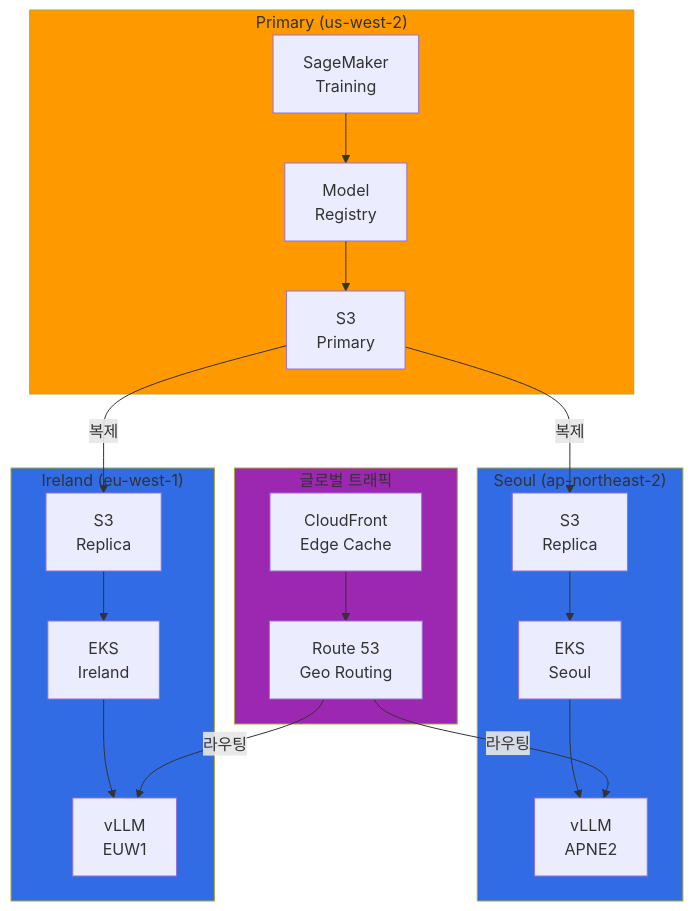
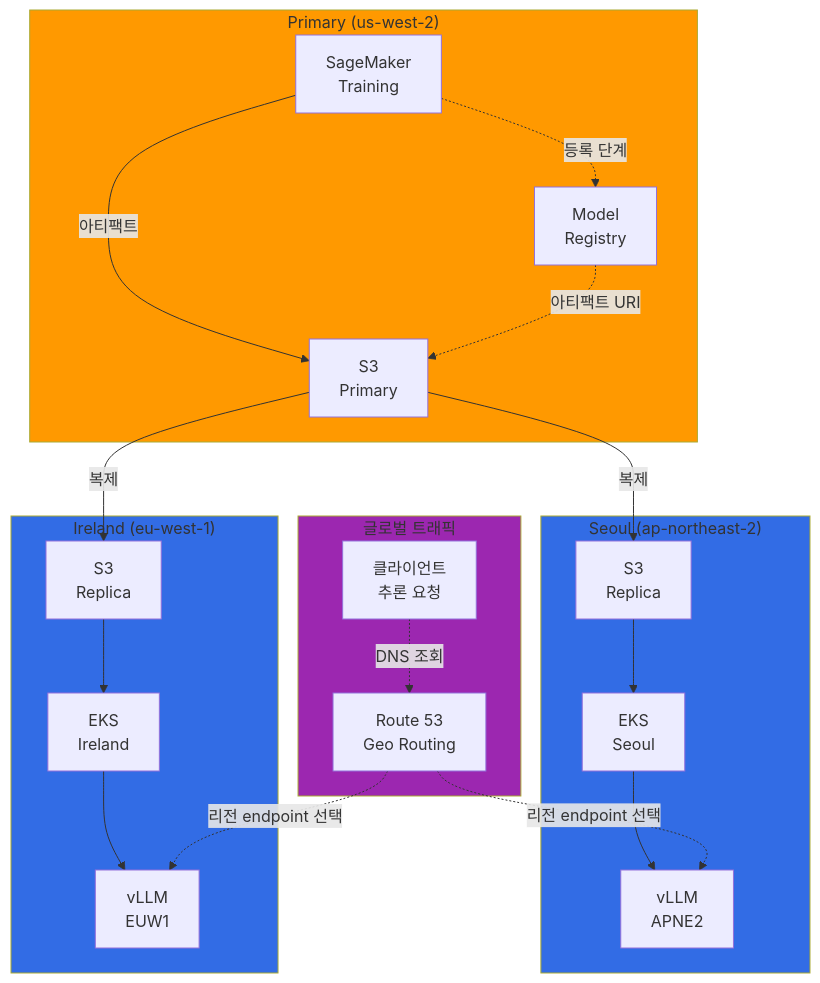
Before and after one commit to devfloor9/engineering-playbook: the third of 4 diagrams in docs/agentic-ai-platform/reference-architecture/integrations/sagemaker-eks-integration.md, drawn with Mermaid. The commit also changed other lines of this file and 5 other files, not shown here.

````diff
--- a/docs/agentic-ai-platform/reference-architecture/integrations/sagemaker-eks-integration.md
+++ b/docs/agentic-ai-platform/reference-architecture/integrations/sagemaker-eks-integration.md
@@ -447,46 +641,47 @@
 ```mermaid
 flowchart TB
     subgraph Primary["Primary (us-west-2)"]
         SM_TRAIN[SageMaker<br/>Training]
         SM_REG[Model<br/>Registry]
         S3_PRIMARY[S3<br/>Primary]
     end
 
     subgraph APNE2["Seoul (ap-northeast-2)"]
         S3_REPLICA[S3<br/>Replica]
         EKS_AP[EKS<br/>Seoul]
         VLLM_AP[vLLM<br/>APNE2]
     end
 
     subgraph EUW1["Ireland (eu-west-1)"]
         S3_EU[S3<br/>Replica]
         EKS_EU[EKS<br/>Ireland]
         VLLM_EU[vLLM<br/>EUW1]
     end
 
     subgraph Global["글로벌 트래픽"]
-        CLOUDFRONT[CloudFront<br/>Edge Cache]
+        CLOUDFRONT[클라이언트<br/>추론 요청]
         R53[Route 53<br/>Geo Routing]
     end
 
-    SM_TRAIN --> SM_REG
-    SM_REG --> S3_PRIMARY
+    SM_TRAIN -.->|등록 단계| SM_REG
+    SM_TRAIN -->|아티팩트| S3_PRIMARY
+    SM_REG -.->|아티팩트 URI| S3_PRIMARY
 
     S3_PRIMARY -->|복제| S3_REPLICA
     S3_PRIMARY -->|복제| S3_EU
 
     S3_REPLICA --> EKS_AP
     EKS_AP --> VLLM_AP
 
     S3_EU --> EKS_EU
     EKS_EU --> VLLM_EU
 
-    CLOUDFRONT --> R53
-    R53 -->|라우팅| VLLM_AP
-    R53 -->|라우팅| VLLM_EU
+    CLOUDFRONT -.->|DNS 조회| R53
+    R53 -.->|리전 endpoint 선택| VLLM_AP
+    R53 -.->|리전 endpoint 선택| VLLM_EU
 
     style Primary fill:#ff9900
     style APNE2 fill:#326ce5
     style EUW1 fill:#326ce5
     style Global fill:#9c27b0
 ```
````
